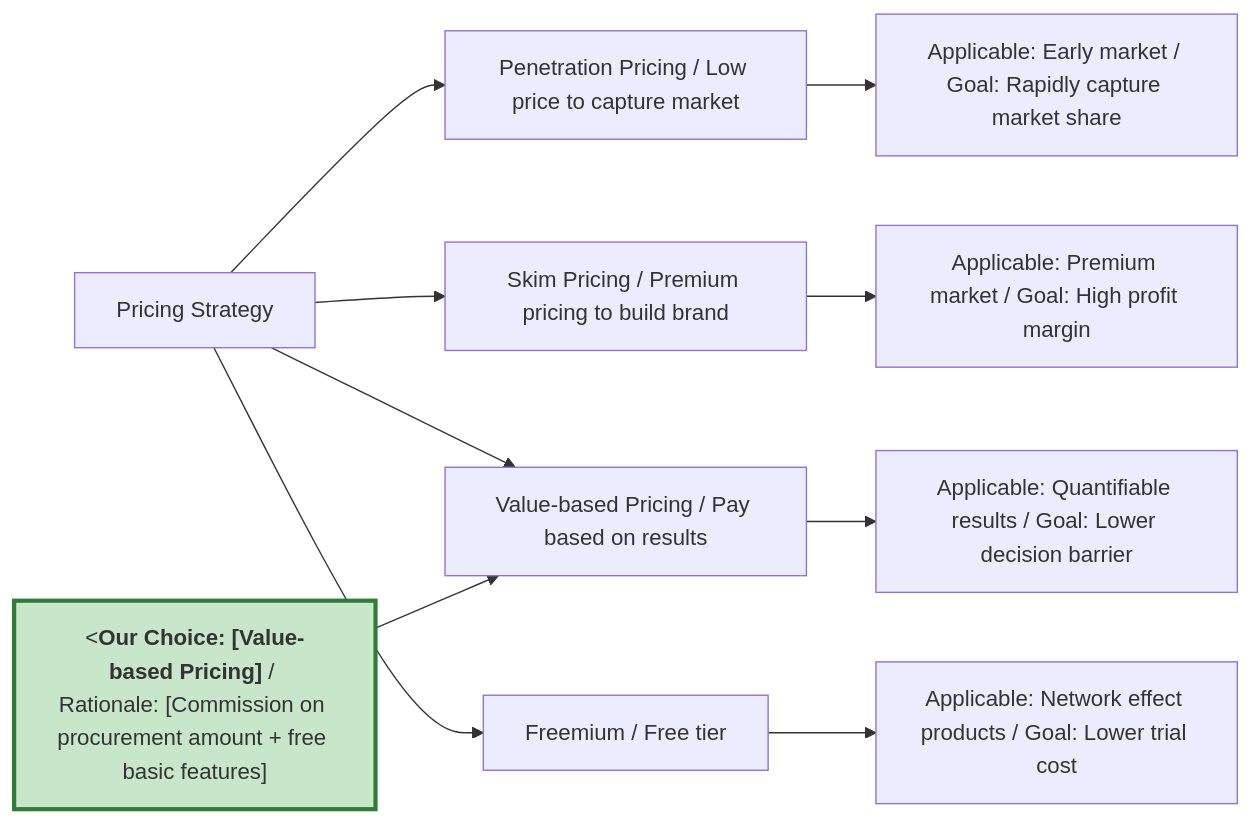
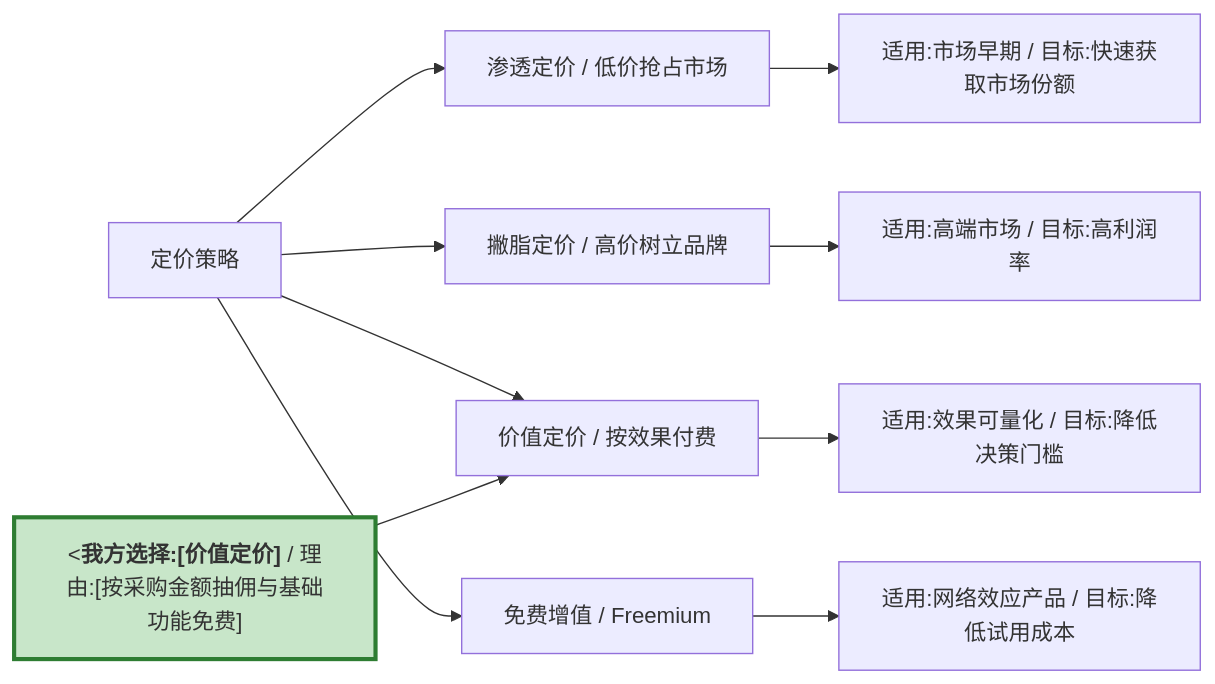
Diagram 11 of 18 in templates/Product/Strategy/Template-MRD.md (Kirky-X/cangjie), drawn with Mermaid before and after one commit. The commit also changed other lines of this file and 33 other files, not shown here.

````diff
--- a/templates/Product/Strategy/Template-MRD.md
+++ b/templates/Product/Strategy/Template-MRD.md
@@ -533,15 +533,15 @@
 ```mermaid
 graph LR
-    A[Pricing Strategy] --> B[Penetration Pricing / Low price to capture market]
-    A --> C[Skim Pricing / Premium pricing to build brand]
-    A --> D[Value-based Pricing / Pay based on results]
-    A --> E[Freemium / Free tier]
+    A[定价策略] --> B[渗透定价 / 低价抢占市场]
+    A --> C[撇脂定价 / 高价树立品牌]
+    A --> D[价值定价 / 按效果付费]
+    A --> E[免费增值 / Freemium]
 
-    B --> B1[Applicable: Early market / Goal: Rapidly capture market share]
-    C --> C1[Applicable: Premium market / Goal: High profit margin]
-    D --> D1[Applicable: Quantifiable results / Goal: Lower decision barrier]
-    E --> E1[Applicable: Network effect products / Goal: Lower trial cost]
+    B --> B1[适用:市场早期 / 目标:快速获取市场份额]
+    C --> C1[适用:高端市场 / 目标:高利润率]
+    D --> D1[适用:效果可量化 / 目标:降低决策门槛]
+    E --> E1[适用:网络效应产品 / 目标:降低试用成本]
 
-    F["<<b>Our Choice: [Value-based Pricing]</b> / Rationale: [Commission on procurement amount + free basic features]"] --> D
+    F["<<b>我方选择:[价值定价]</b> / 理由:[按采购金额抽佣与基础功能免费]"] --> D
     style F fill:#c8e6c9,stroke:#2e7d32,stroke-width:3px
 ```
````
